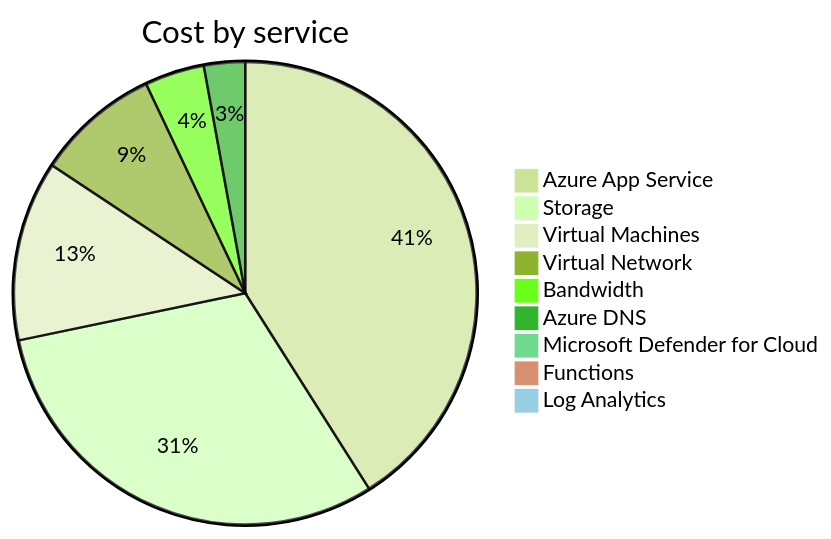
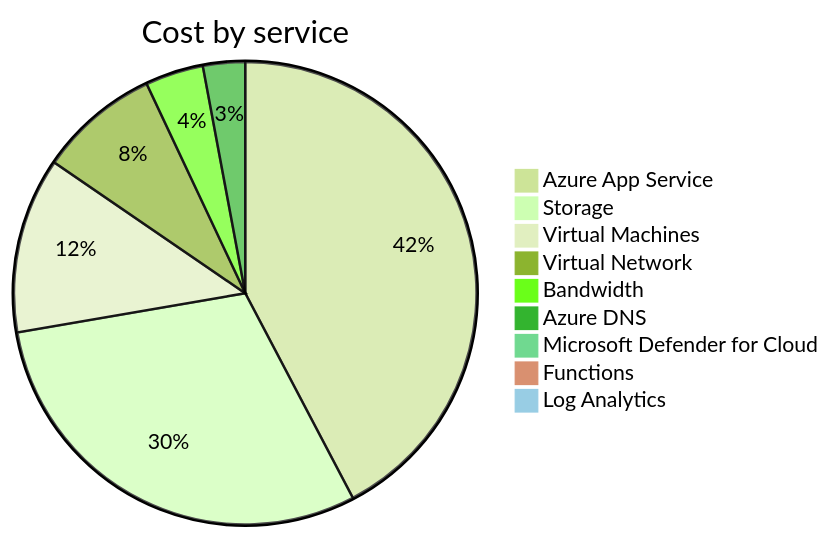
The second of 4 diagrams in cost-reports/accumulated-cost.md (jpfulton/azure-personal-reports), drawn with Mermaid (forest theme) before and after one commit. The commit also changed other lines of this file and 4 other files, not shown here.

````diff
--- a/cost-reports/accumulated-cost.md
+++ b/cost-reports/accumulated-cost.md
@@ -103,13 +103,13 @@
 ```mermaid
 pie
    title Cost by service
-   "Azure App Service" : 11.71
-   "Storage" : 8.77
+   "Azure App Service" : 12.38
+   "Storage" : 8.78
    "Virtual Machines" : 3.59
    "Virtual Network" : 2.47
    "Bandwidth" : 1.19
-   "Azure DNS" : 0.82
+   "Azure DNS" : 0.86
    "Microsoft Defender for Cloud" : 0.10
    "Functions" : 0.00
    "Log Analytics" : 0.00
 ```
````
